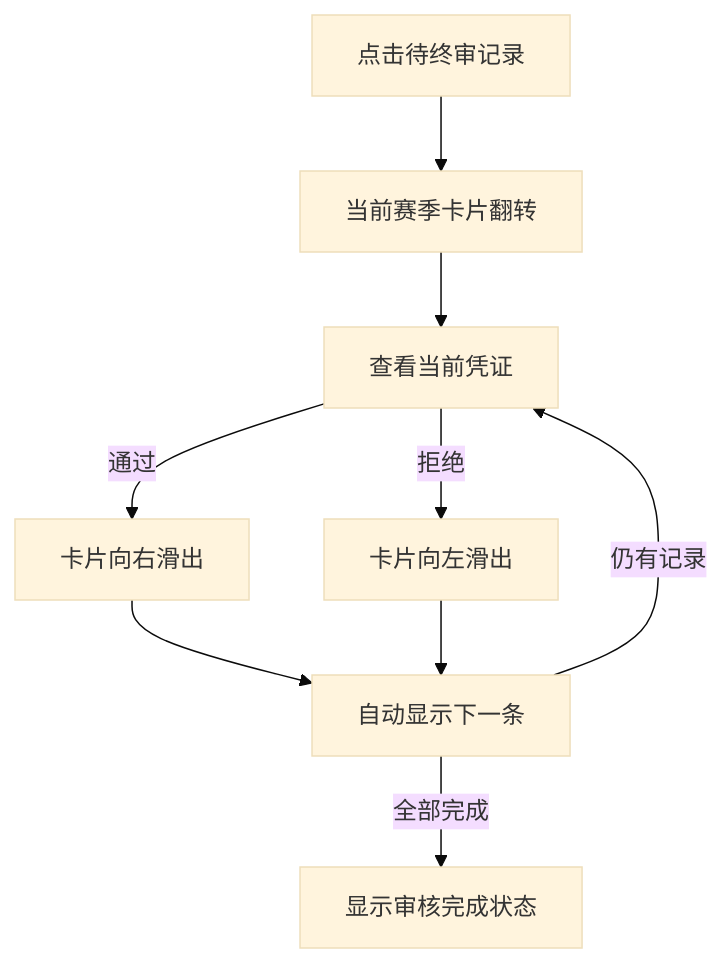
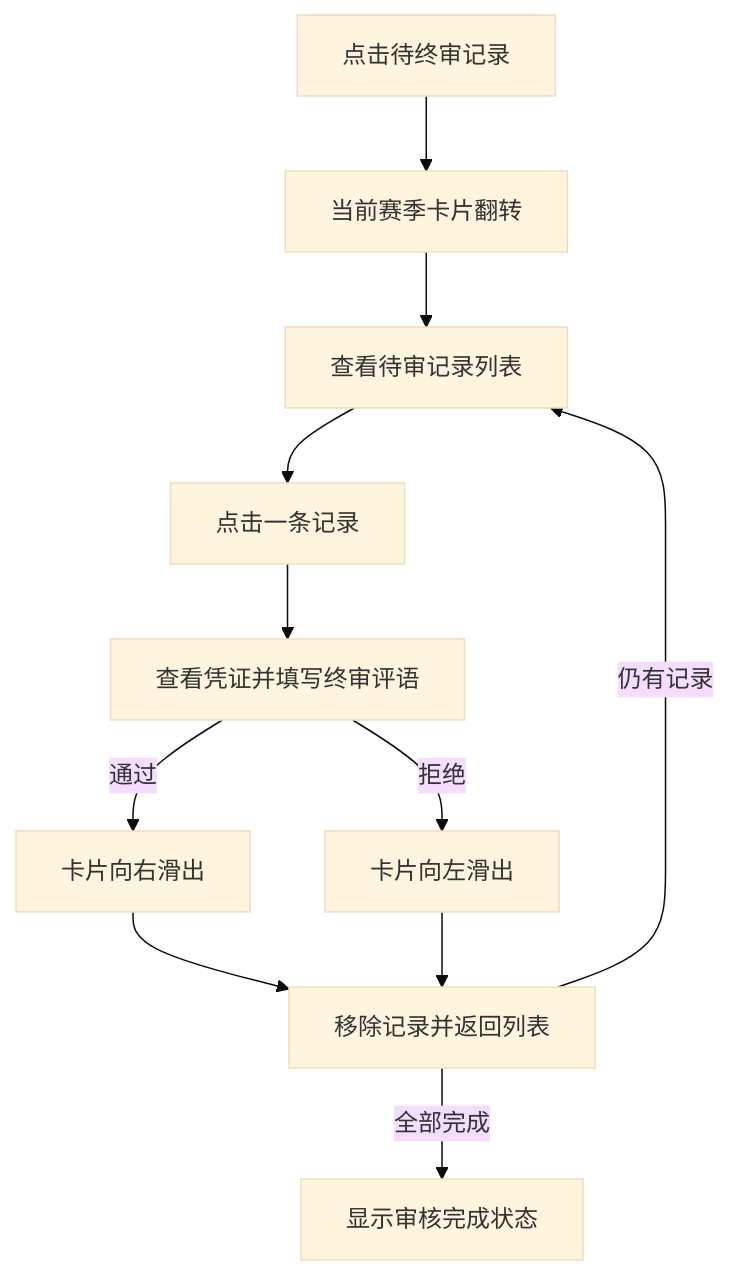
Before and after one commit to caicai-6666/flame-sport-pheno-manage-fe: the diagram in description/features/proof-review.md, drawn with Mermaid (base theme). The commit also changed other lines of this file and 49 other files, not shown here.

````diff
--- a/description/features/proof-review.md
+++ b/description/features/proof-review.md
@@ -13,11 +13,13 @@
 ```mermaid
 flowchart TD
   A[点击待终审记录] --> B[当前赛季卡片翻转]
-  B --> C[查看当前凭证]
-  C -->|通过| D[卡片向右滑出]
-  C -->|拒绝| E[卡片向左滑出]
-  D --> F[自动显示下一条]
-  E --> F
-  F -->|仍有记录| C
-  F -->|全部完成| G[显示审核完成状态]
+  B --> C[查看待审记录列表]
+  C --> D[点击一条记录]
+  D --> E[查看凭证并填写终审评语]
+  E -->|通过| F[卡片向右滑出]
+  E -->|拒绝| G[卡片向左滑出]
+  F --> H[移除记录并返回列表]
+  G --> H
+  H -->|仍有记录| C
+  H -->|全部完成| I[显示审核完成状态]
 ```
````
